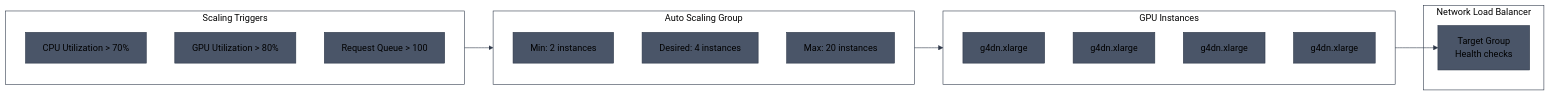
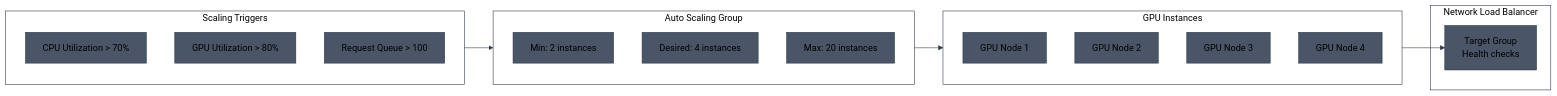
One commit to aldea-ai/infrastructure-docs changed the fourth of 10 diagrams in diagrams/multi-cloud-gpu-architecture.md. Above: the diagram before and after it, drawn with Mermaid. The commit also changed other lines of this file, not shown here.

Commit message:
Remove specific GPU model names from diagrams

````diff
--- a/diagrams/multi-cloud-gpu-architecture.md
+++ b/diagrams/multi-cloud-gpu-architecture.md
@@ -216,31 +216,31 @@
 ```mermaid
 %%{init: {'theme': 'base', 'themeVariables': { 'primaryColor': '#4a5568', 'primaryTextColor': '#000', 'primaryBorderColor': '#2d3748', 'lineColor': '#2d3748', 'clusterBkg': 'transparent', 'clusterBorder': '#2d3748', 'titleColor': '#000'}}}%%
 flowchart LR
     subgraph Triggers["Scaling Triggers"]
         CW_CPU[CPU Utilization > 70%]
         CW_GPU[GPU Utilization > 80%]
         CW_QUEUE[Request Queue > 100]
     end
 
     subgraph ASG["Auto Scaling Group"]
         direction TB
         MIN[Min: 2 instances]
         DES[Desired: 4 instances]
         MAX[Max: 20 instances]
     end
 
     subgraph Instances["GPU Instances"]
-        G1[g4dn.xlarge]
-        G2[g4dn.xlarge]
-        G3[g4dn.xlarge]
-        G4[g4dn.xlarge]
+        G1[GPU Node 1]
+        G2[GPU Node 2]
+        G3[GPU Node 3]
+        G4[GPU Node 4]
     end
 
     subgraph NLB["Network Load Balancer"]
         TG[Target Group<br/>Health checks]
     end
 
     Triggers --> ASG
     ASG --> Instances
     Instances --> TG
 ```
````
